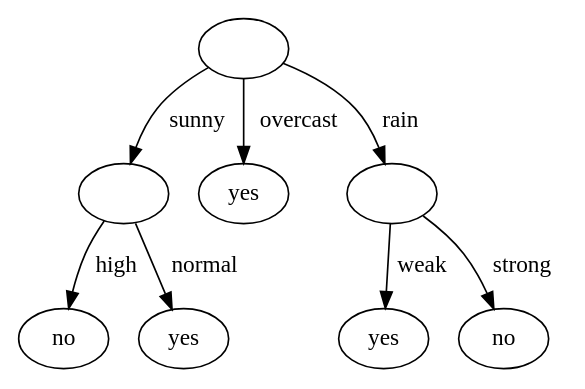
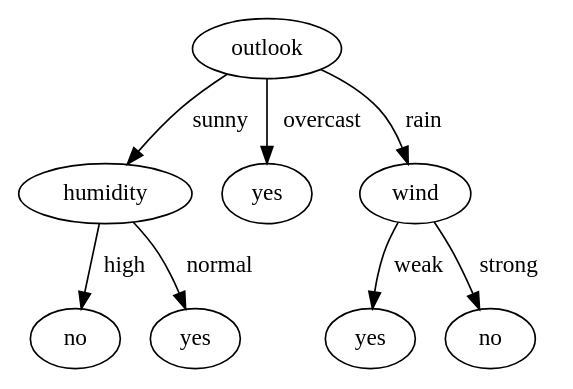
The diagram in output/tree.dot (lelouch01234/decision-tree), drawn with Graphviz before and after one commit. The commit also changed 3 other files, not shown here.

```diff
--- a/output/tree.dot
+++ b/output/tree.dot
@@ -1,18 +1,18 @@
 digraph DecisionTree {
 graph [ordering="out"];
-  0 [label=""];
+  0 [label="outlook"];
   0 -> 1 [label=" sunny"];
-  1 [label=""];
+  1 [label="humidity"];
   1 -> 2 [label=" high"];
   2 [label="no"];
   1 -> 3 [label=" normal"];
   3 [label="yes"];
   0 -> 4 [label=" overcast"];
   4 [label="yes"];
   0 -> 5 [label=" rain"];
-  5 [label=""];
+  5 [label="wind"];
   5 -> 6 [label=" weak"];
   6 [label="yes"];
   5 -> 7 [label=" strong"];
   7 [label="no"];
 }
```
